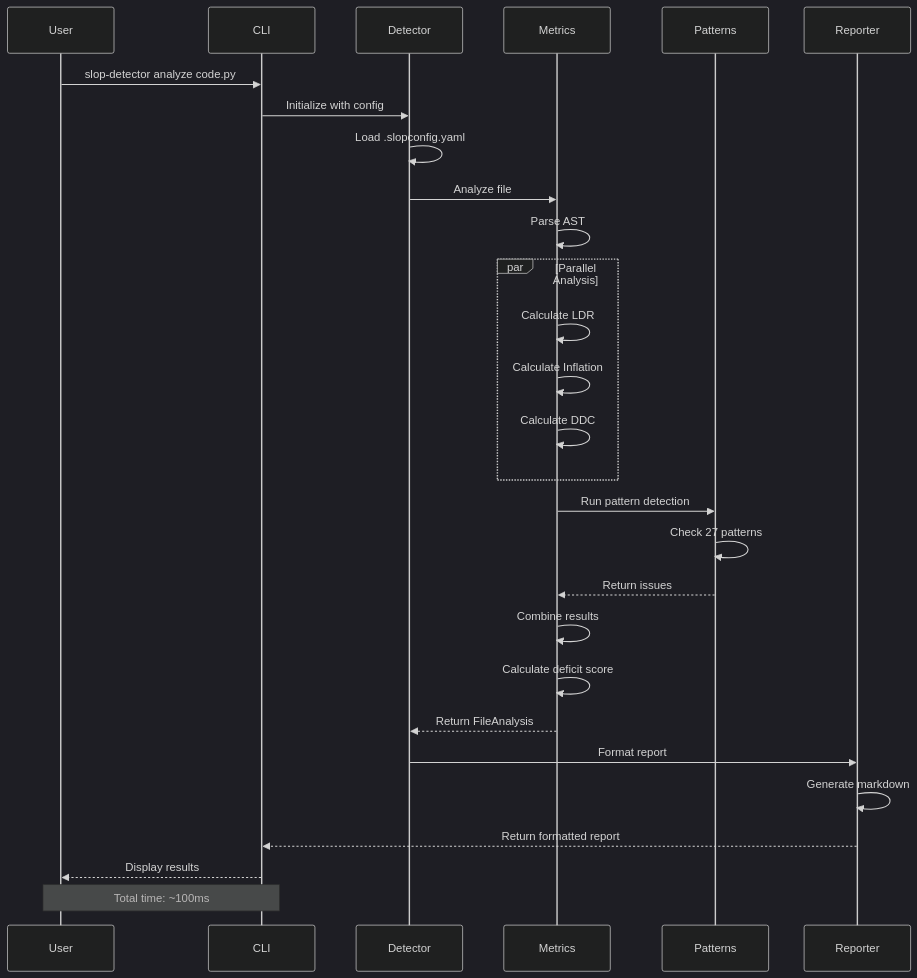
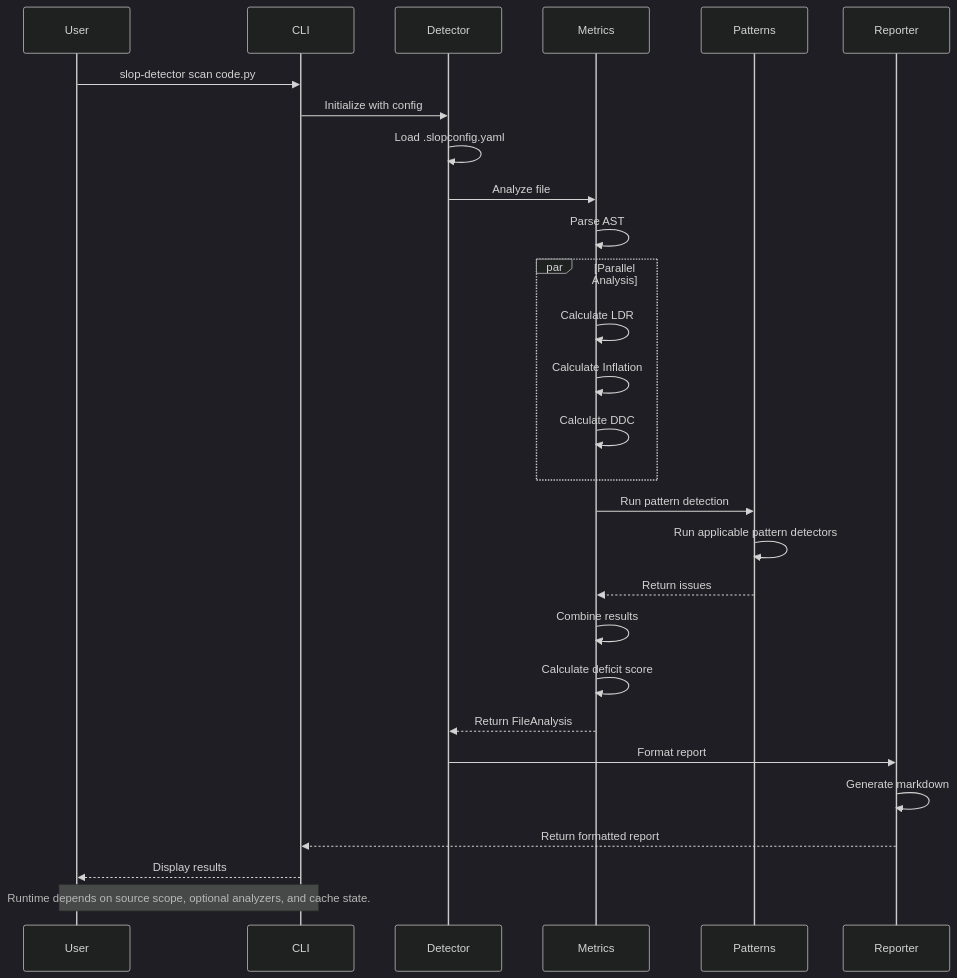
The seventh of 14 diagrams in docs/HOW_IT_WORKS.md (flamehaven01/AI-SLOP-Detector), drawn with Mermaid (dark theme) before and after one commit. The commit also changed other lines of this file, not shown here.

First line of the commit message:
docs(how-it-works): project score, LDR grades, and inflation bands match the code

````diff
--- a/docs/HOW_IT_WORKS.md
+++ b/docs/HOW_IT_WORKS.md
@@ -320,37 +319,37 @@
 ```mermaid
 sequenceDiagram
     participant U as User
     participant CLI as CLI
     participant D as Detector
     participant M as Metrics
     participant P as Patterns
     participant R as Reporter
     
-    U->>CLI: slop-detector analyze code.py
+    U->>CLI: slop-detector scan code.py
     CLI->>D: Initialize with config
     D->>D: Load .slopconfig.yaml
     
     D->>M: Analyze file
     M->>M: Parse AST
     
     par Parallel Analysis
         M->>M: Calculate LDR
         M->>M: Calculate Inflation
         M->>M: Calculate DDC
     end
     
     M->>P: Run pattern detection
-    P->>P: Check 27 patterns
+    P->>P: Run applicable pattern detectors
     P-->>M: Return issues
     
     M->>M: Combine results
     M->>M: Calculate deficit score
     M-->>D: Return FileAnalysis
     
     D->>R: Format report
     R->>R: Generate markdown
     R-->>CLI: Return formatted report
     CLI-->>U: Display results
     
-    Note over U,CLI: Total time: ~100ms
+    Note over U,CLI: Runtime depends on source scope, optional analyzers, and cache state.
 ```
````
